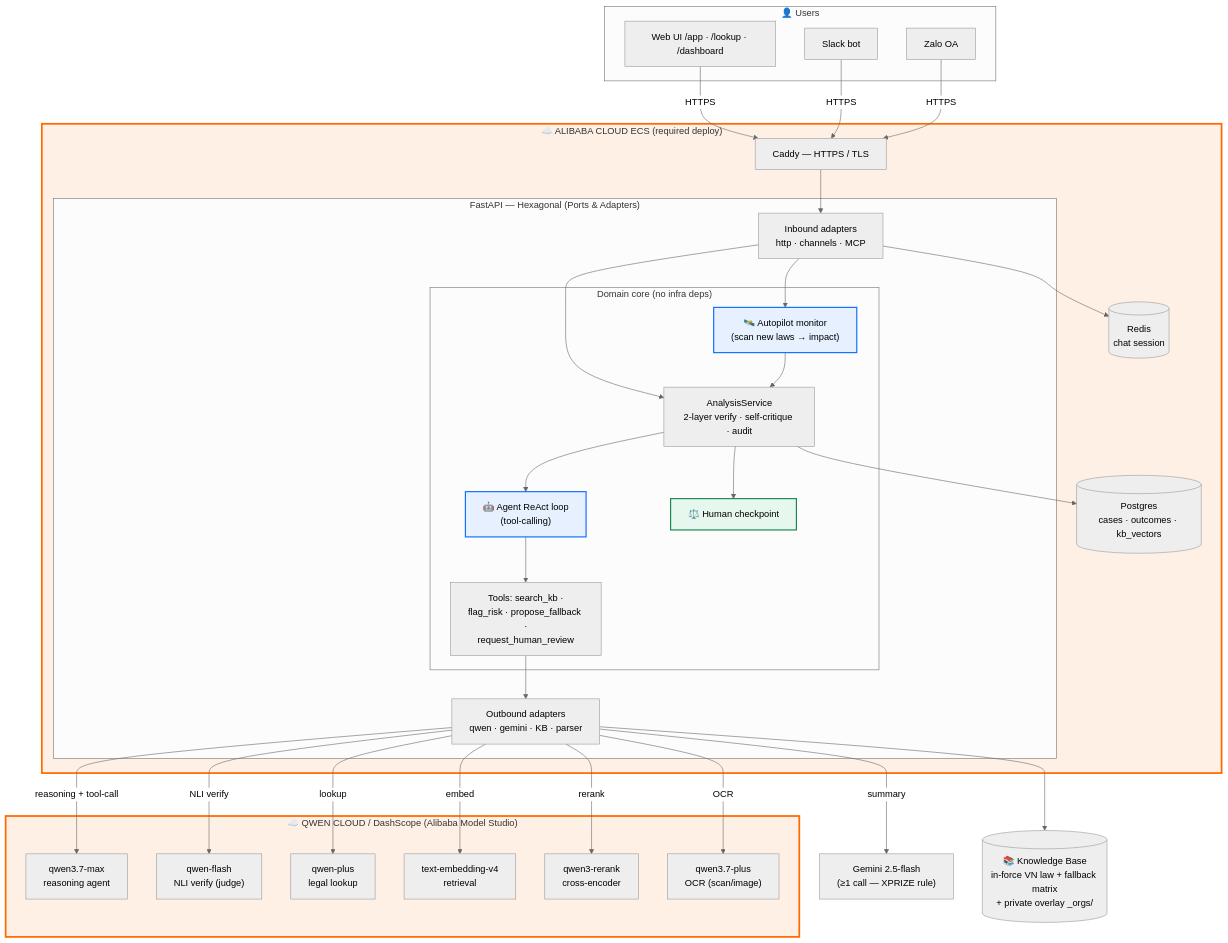
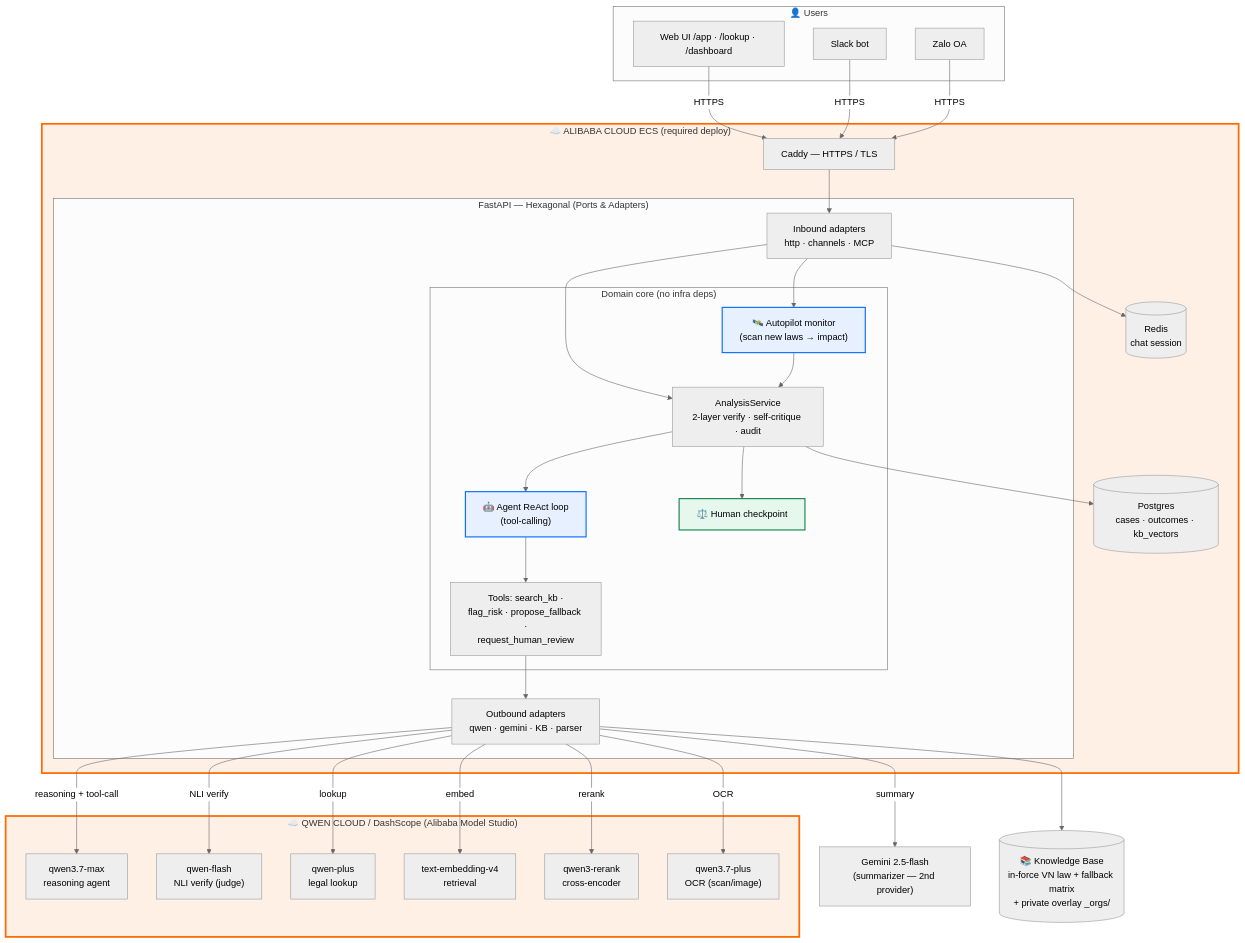
The first of 2 diagrams in docs/architecture-diagram.en.md (trungnguyen1618033/legal-guard-PH), drawn with Mermaid (neutral theme) before and after one commit. The commit also changed 11 other files, not shown here.

````diff
--- a/docs/architecture-diagram.en.md
+++ b/docs/architecture-diagram.en.md
@@ -9,58 +9,58 @@
 ```mermaid
 flowchart TB
     subgraph users["👤 Users"]
         U1["Web UI /app · /lookup · /dashboard"]
         U2["Slack bot"]
         U3["Zalo OA"]
     end
 
     subgraph alibaba["☁️ ALIBABA CLOUD ECS (required deploy)"]
         CADDY["Caddy — HTTPS / TLS"]
         subgraph app["FastAPI — Hexagonal (Ports & Adapters)"]
             IN["Inbound adapters<br/>http · channels · MCP"]
             subgraph core["Domain core (no infra deps)"]
                 AGENT["🤖 Agent ReAct loop<br/>(tool-calling)"]
                 TOOLS["Tools: search_kb ·<br/>flag_risk · propose_fallback ·<br/>request_human_review"]
                 ANALYSIS["AnalysisService<br/>2-layer verify · self-critique · audit"]
                 CHECK["⚖️ Human checkpoint"]
                 AUTOPILOT["🛰️ Autopilot monitor<br/>(scan new laws → impact)"]
             end
             OUT["Outbound adapters<br/>qwen · gemini · KB · parser"]
         end
         PG[("Postgres<br/>cases · outcomes · kb_vectors")]
         REDIS[("Redis<br/>chat session")]
     end
 
     subgraph qwencloud["☁️ QWEN CLOUD / DashScope (Alibaba Model Studio)"]
         QMAX["qwen3.7-max<br/>reasoning agent"]
         QFLASH["qwen-flash<br/>NLI verify (judge)"]
         QPLUS["qwen-plus<br/>legal lookup"]
         QEMB["text-embedding-v4<br/>retrieval"]
         QRR["qwen3-rerank<br/>cross-encoder"]
         QVL["qwen3.7-plus<br/>OCR (scan/image)"]
     end
 
-    GEM["Gemini 2.5-flash<br/>(≥1 call — XPRIZE rule)"]
+    GEM["Gemini 2.5-flash<br/>(summarizer — 2nd provider)"]
     KB[("📚 Knowledge Base<br/>in-force VN law + fallback matrix<br/>+ private overlay _orgs/")]
 
     U1 & U2 & U3 -->|HTTPS| CADDY --> IN --> ANALYSIS
     ANALYSIS --> AGENT --> TOOLS --> OUT
     ANALYSIS --> CHECK
     IN --> AUTOPILOT --> ANALYSIS
     OUT -->|reasoning + tool-call| QMAX
     OUT -->|NLI verify| QFLASH
     OUT -->|lookup| QPLUS
     OUT -->|embed| QEMB
     OUT -->|rerank| QRR
     OUT -->|OCR| QVL
     OUT --> KB
     OUT -->|summary| GEM
     ANALYSIS --> PG
     IN --> REDIS
 
     style alibaba fill:#fff0e6,stroke:#ff6a00,stroke-width:3px
     style qwencloud fill:#fff0e6,stroke:#ff6a00,stroke-width:3px
     style CHECK fill:#e6f7ed,stroke:#198754,stroke-width:2px
     style AGENT fill:#e6f0ff,stroke:#0d6efd,stroke-width:2px
     style AUTOPILOT fill:#e6f0ff,stroke:#0d6efd,stroke-width:2px
 ```
````
